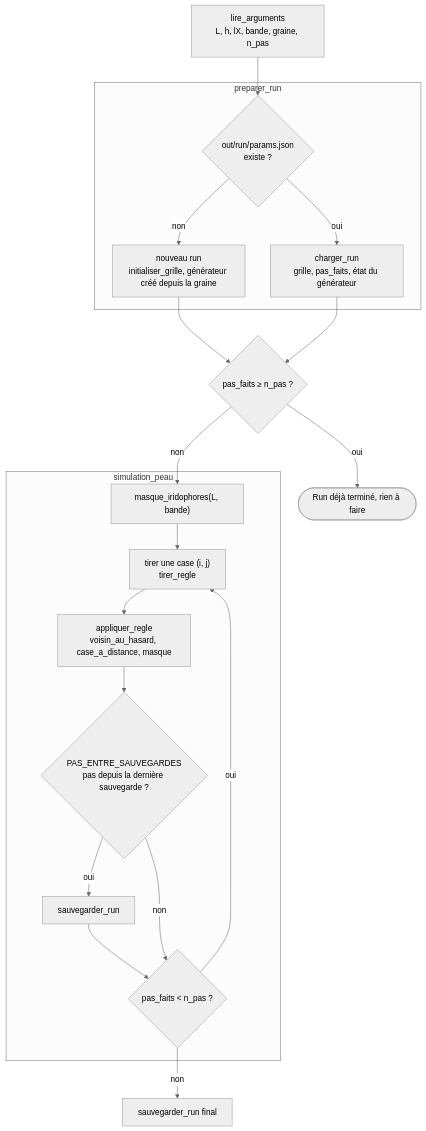
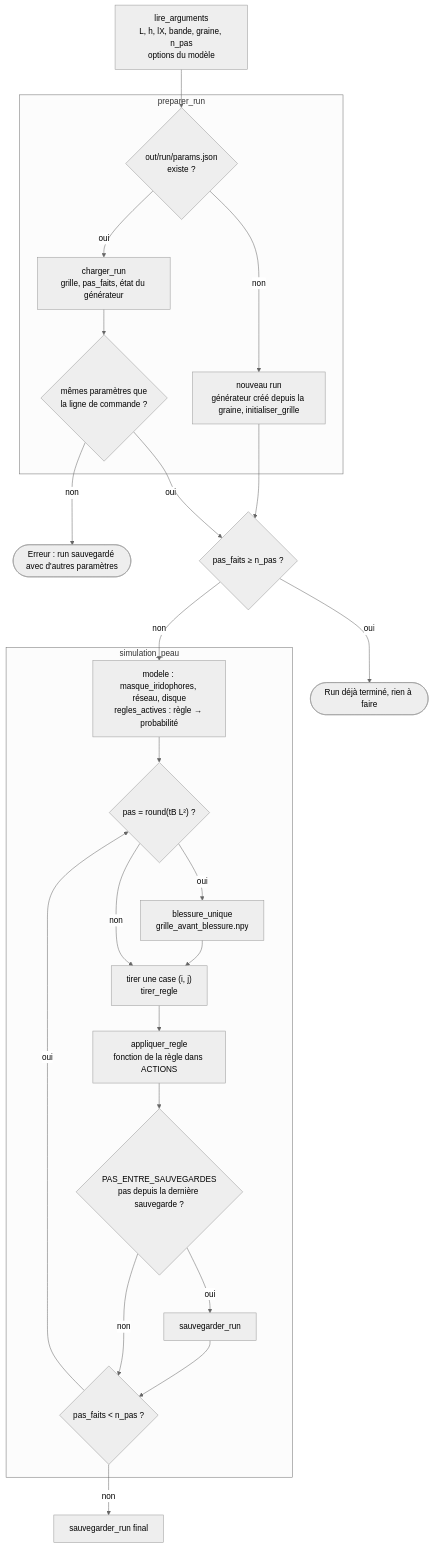
Before and after one commit to Spc-Marcus/BIO-DYN-projet: the third of 4 diagrams in slurm_pipeline/doc/architecture.md, drawn with Mermaid (neutral theme). The commit also changed other lines of this file and 8 other files, not shown here.

First line of the commit message:
Pass model options through the Slurm pipeline and timeline

````diff
--- a/slurm_pipeline/doc/architecture.md
+++ b/slurm_pipeline/doc/architecture.md
@@ -97,36 +97,45 @@
 ```mermaid
 flowchart TD
-    A["lire_arguments<br/>L, h, lX, bande, graine, n_pas"]
+    A["lire_arguments<br/>L, h, lX, bande, graine, n_pas<br/>options du modèle"]
 
     subgraph Prep["preparer_run"]
         B{"out/run/params.json<br/>existe ?"}
-        C["nouveau run<br/>initialiser_grille, générateur créé depuis la graine"]
+        C["nouveau run<br/>générateur créé depuis la graine, initialiser_grille"]
         D["charger_run<br/>grille, pas_faits, état du générateur"]
+        V{"mêmes paramètres que<br/>la ligne de commande ?"}
         B -->|"non"| C
-        B -->|"oui"| D
+        B -->|"oui"| D --> V
     end
 
+    ER(["Erreur : run sauvegardé avec d'autres paramètres"])
     E{"pas_faits ≥ n_pas ?"}
     Z(["Run déjà terminé, rien à faire"])
 
     subgraph Boucle["simulation_peau"]
-        MK["masque_iridophores(L, bande)"]
+        MK["modele : masque_iridophores, réseau, disque<br/>regles_actives : règle → probabilité"]
+        BU{"pas = round(tB L²) ?"}
+        BL["blessure_unique<br/>grille_avant_blessure.npy"]
         T["tirer une case (i, j)<br/>tirer_regle"]
-        AP["appliquer_regle<br/>voisin_au_hasard, case_a_distance, masque"]
+        AP["appliquer_regle<br/>fonction de la règle dans ACTIONS"]
         SV{"PAS_ENTRE_SAUVEGARDES<br/>pas depuis la dernière sauvegarde ?"}
         SR["sauvegarder_run"]
         FIN{"pas_faits < n_pas ?"}
-        MK --> T --> AP --> SV
+        MK --> BU
+        BU -->|"oui"| BL --> T
+        BU -->|"non"| T
+        T --> AP --> SV
         SV -->|"oui"| SR --> FIN
         SV -->|"non"| FIN
-        FIN -->|"oui"| T
+        FIN -->|"oui"| BU
     end
 
     F["sauvegarder_run final"]
 
     A --> B
-    C & D --> E
+    V -->|"non"| ER
+    C --> E
+    V -->|"oui"| E
     E -->|"oui"| Z
     E -->|"non"| MK
     FIN -->|"non"| F
 ```
````
